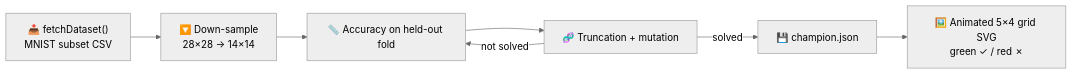
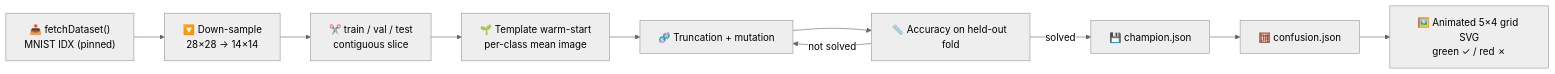
One commit to stSoftwareAU/NEAT-AI-Examples changed the diagram in docs/pr-summary-77.md. Above: the diagram before and after it, drawn with Mermaid (neutral theme). The commit also changed other lines of this file and 10 other files, not shown here.

````diff
--- a/docs/pr-summary-77.md
+++ b/docs/pr-summary-77.md
@@ -15,13 +43,16 @@
 ```mermaid
 flowchart LR
-    DL["📥 fetchDataset()<br/>MNIST subset CSV"]
+    DL["📥 fetchDataset()<br/>MNIST IDX (pinned)"]
     DOWN["🔽 Down-sample<br/>28×28 → 14×14"]
+    SPLIT["✂️ train / val / test<br/>contiguous slice"]
+    INIT["🌱 Template warm-start<br/>per-class mean image"]
+    EVOLVE["🧬 Truncation + mutation"]
     SCORE["📏 Accuracy on held-out fold"]
-    EVOLVE["🧬 Truncation + mutation"]
     CHAMP["💾 champion.json"]
+    CONF["🧮 confusion.json"]
     GRID["🖼️ Animated 5×4 grid SVG<br/>green ✓ / red ✗"]
 
-    DL --> DOWN --> SCORE --> EVOLVE
-    EVOLVE -- not solved --> SCORE
-    EVOLVE -- solved --> CHAMP --> GRID
+    DL --> DOWN --> SPLIT --> INIT --> EVOLVE --> SCORE
+    SCORE -- not solved --> EVOLVE
+    SCORE -- solved --> CHAMP --> CONF --> GRID
 ```
````
